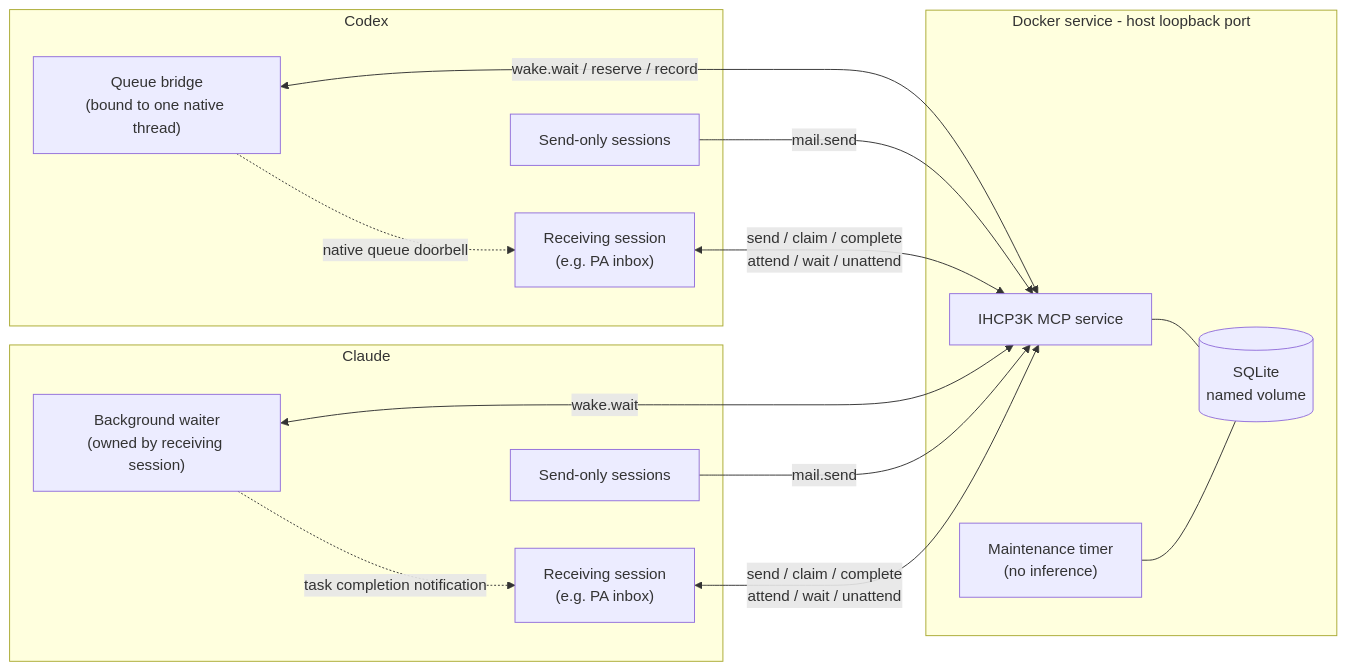
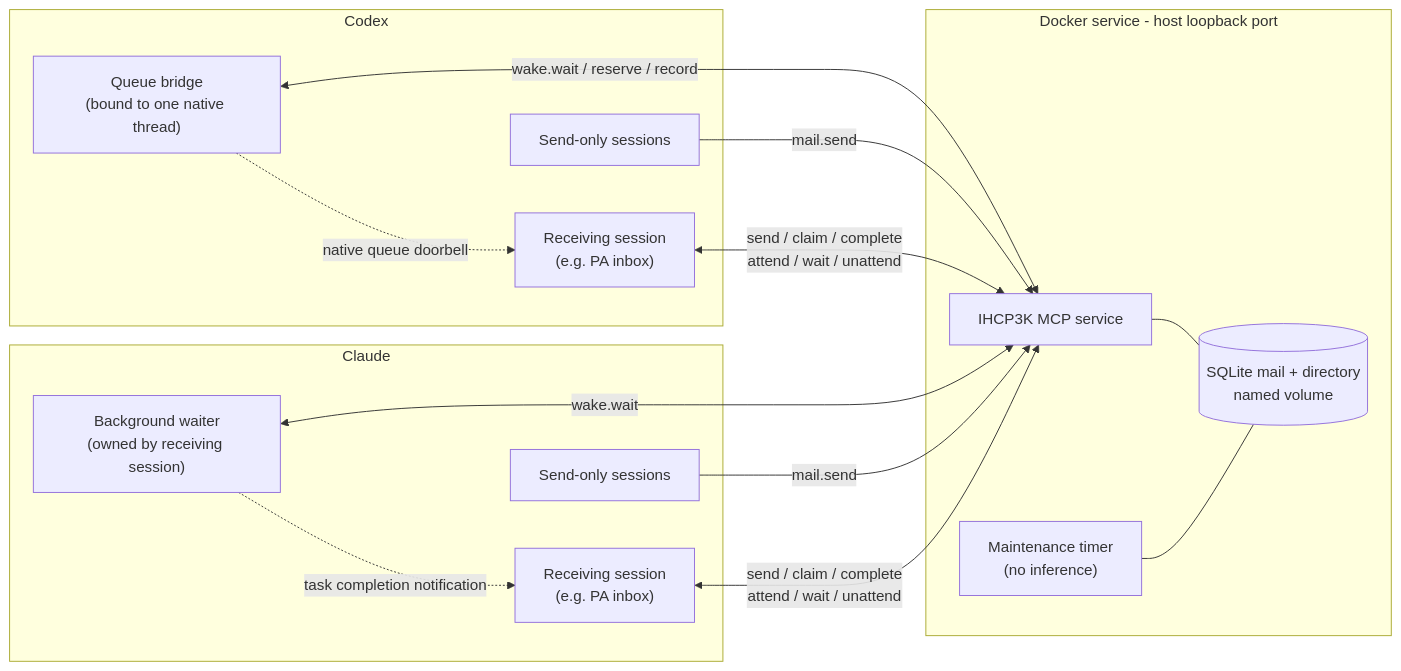
One commit to GreyManSoftware/IHCP3K changed the diagram in docs/architecture.md. Above: the diagram before and after it, drawn with Mermaid. The commit also changed other lines of this file and 26 other files, not shown here.

````diff
--- a/docs/architecture.md
+++ b/docs/architecture.md
@@ -5,28 +5,28 @@
 ```mermaid
 flowchart LR
   subgraph HA[Codex]
     RA["Receiving session<br/>(e.g. PA inbox)"]
     SA[Send-only sessions]
     WA["Queue bridge<br/>(bound to one native thread)"]
   end
   subgraph HB[Claude]
     RB["Receiving session<br/>(e.g. PA inbox)"]
     SB[Send-only sessions]
     WB["Background waiter<br/>(owned by receiving session)"]
   end
   subgraph D["Docker service - host loopback port"]
     S[IHCP3K MCP service]
-    DB[("SQLite<br/>named volume")]
+    DB[("SQLite mail + directory<br/>named volume")]
     M["Maintenance timer<br/>(no inference)"]
     S --- DB
     M --- DB
   end
   SA -->|mail.send| S
   SB -->|mail.send| S
   RA <-->|"send / claim / complete<br/>attend / wait / unattend"| S
   RB <-->|"send / claim / complete<br/>attend / wait / unattend"| S
   WA <-->|"wake.wait / reserve / record"| S
   WB <-->|wake.wait| S
   WA -. "native queue doorbell" .-> RA
   WB -. "task completion notification" .-> RB
 ```
````
